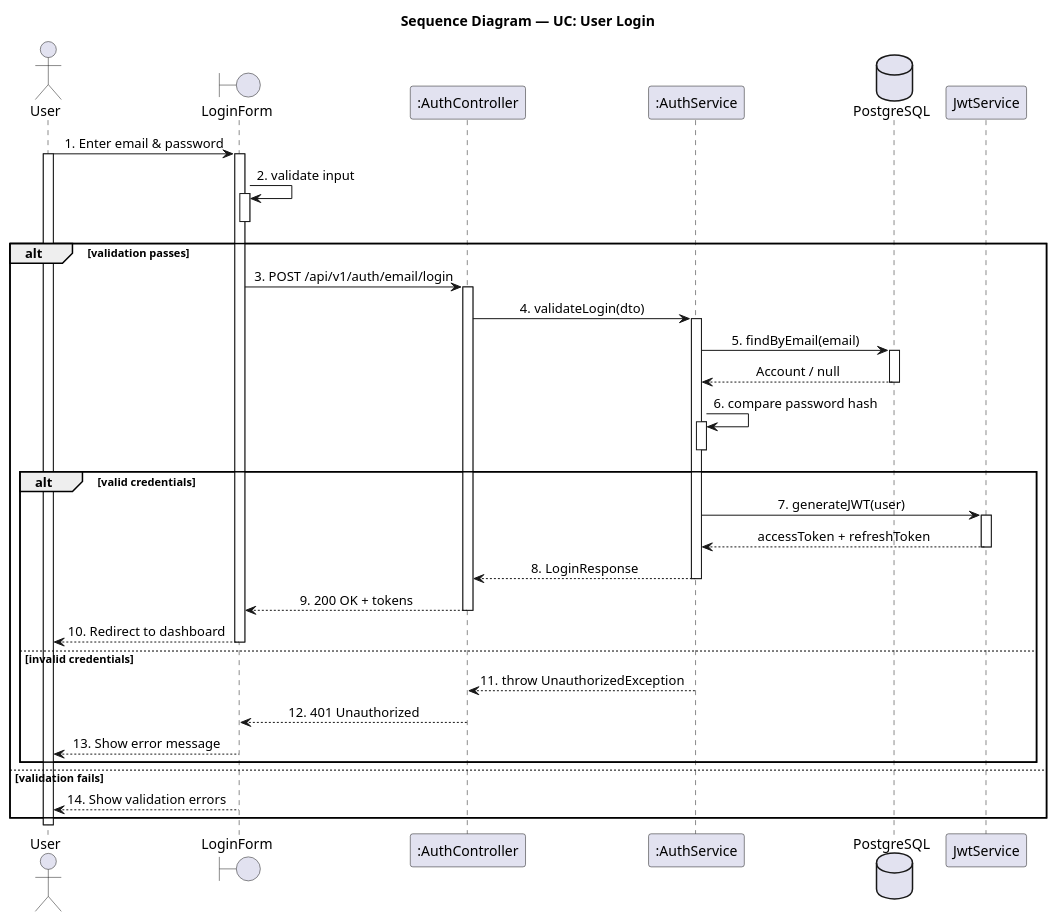
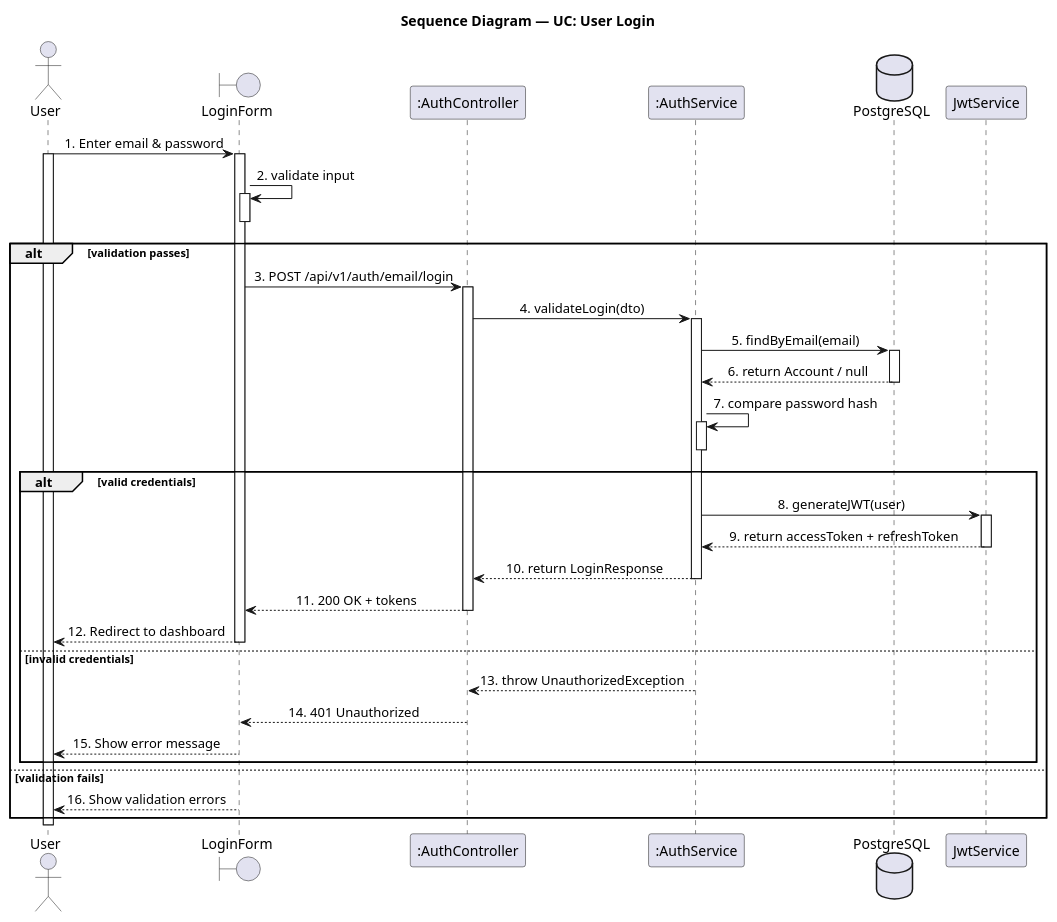
The sixth of 6 diagrams in .claude/skills/plantuml-sequence-diagram/SKILL.md (LTPPPP/Smart-Medical-Intelligent-Ledger-for-E-health-S.M.I.L.E-), drawn with PlantUML before and after one commit. The commit also changed other lines of this file and 177 other files, not shown here.

Commit message:
skill and doc class diagram

````diff
--- a/.claude/skills/plantuml-sequence-diagram/SKILL.md
+++ b/.claude/skills/plantuml-sequence-diagram/SKILL.md
@@ -217,65 +220,65 @@
 ```plantuml
 @startuml SequenceDiagram
 skinparam shadowing false
 skinparam sequenceMessageAlign center
 
 title Sequence Diagram — UC: User Login
 
 actor "User" as user
 boundary "LoginForm" as form
 participant ":AuthController" as auth
 participant ":AuthService" as svc
 database "PostgreSQL" as db
 participant "JwtService" as jwt
 
 user -> form : 1. Enter email & password
 activate user
 activate form
 
 form -> form : 2. validate input
 activate form
 deactivate form
 alt validation passes
   form -> auth : 3. POST /api/v1/auth/email/login
   activate auth
 
   auth -> svc : 4. validateLogin(dto)
   activate svc
 
   svc -> db : 5. findByEmail(email)
   activate db
-  db --> svc : Account / null
+  db --> svc : 6. return Account / null
   deactivate db
 
-  svc -> svc : 6. compare password hash
+  svc -> svc : 7. compare password hash
   activate svc
   deactivate svc
   alt valid credentials
-    svc -> jwt : 7. generateJWT(user)
+    svc -> jwt : 8. generateJWT(user)
     activate jwt
-    jwt --> svc : accessToken + refreshToken
+    jwt --> svc : 9. return accessToken + refreshToken
     deactivate jwt
 
-    svc --> auth : 8. LoginResponse
+    svc --> auth : 10. return LoginResponse
     deactivate svc
-    auth --> form : 9. 200 OK + tokens
+    auth --> form : 11. 200 OK + tokens
     deactivate auth
-    form --> user : 10. Redirect to dashboard
+    form --> user : 12. Redirect to dashboard
     deactivate form
   else invalid credentials
-    svc --> auth : 11. throw UnauthorizedException
+    svc --> auth : 13. throw UnauthorizedException
     deactivate svc
-    auth --> form : 12. 401 Unauthorized
+    auth --> form : 14. 401 Unauthorized
     deactivate auth
-    form --> user : 13. Show error message
+    form --> user : 15. Show error message
     deactivate form
   end
 else validation fails
-  form --> user : 14. Show validation errors
+  form --> user : 16. Show validation errors
   deactivate form
 end
 
 deactivate user
 
 @enduml
 ```
````
